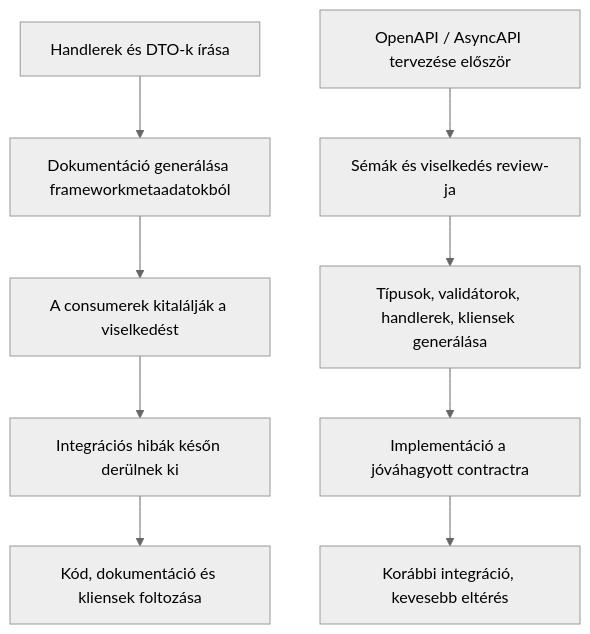
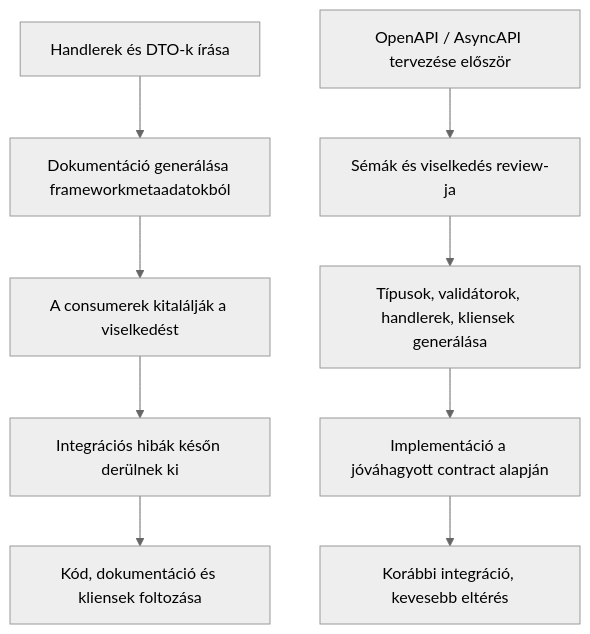
The first of 3 diagrams in posts/hu/contract-first-json-schema.md (monad-systems/monad.hu), drawn with Mermaid (neutral theme) before and after one commit. The commit also changed other lines of this file and 3 other files, not shown here.

First line of the commit message:
copy: correct and de-template the contract-first and architecture review posts (#38)

````diff
--- a/posts/hu/contract-first-json-schema.md
+++ b/posts/hu/contract-first-json-schema.md
@@ -73,12 +67,12 @@
 ```mermaid
 flowchart TD
     A[Handlerek és DTO-k írása] --> B[Dokumentáció generálása frameworkmetaadatokból]
     B --> C[A consumerek kitalálják a viselkedést]
     C --> D[Integrációs hibák későn derülnek ki]
     D --> E[Kód, dokumentáció és kliensek foltozása]
 
     F[OpenAPI / AsyncAPI tervezése először] --> G[Sémák és viselkedés review-ja]
     G --> H[Típusok, validátorok, handlerek, kliensek generálása]
-    H --> I[Implementáció a jóváhagyott contractra]
+    H --> I[Implementáció a jóváhagyott contract alapján]
     I --> J[Korábbi integráció, kevesebb eltérés]
 ```
````
